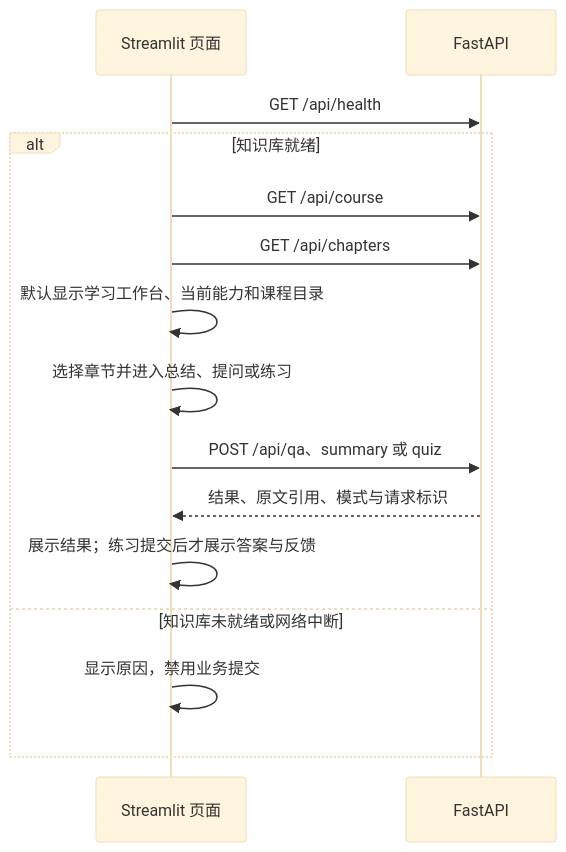
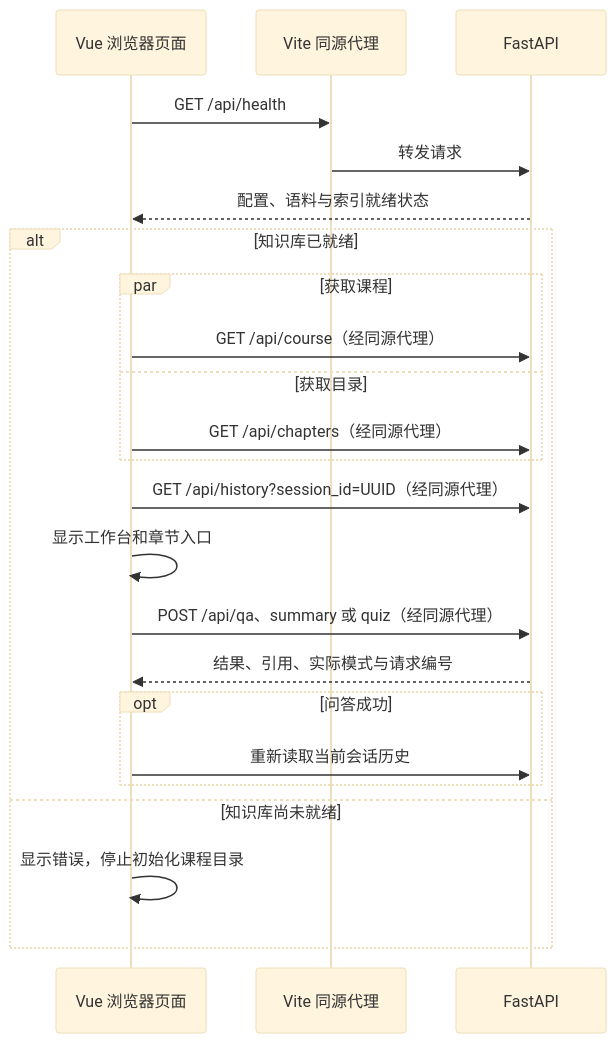
One commit to xie-good/hybrid-learning-agent changed the diagram in docs/frontend-api.md. Above: the diagram before and after it, drawn with Mermaid (base theme). The commit also changed other lines of this file and 64 other files, not shown here.

````diff
--- a/docs/frontend-api.md
+++ b/docs/frontend-api.md
@@ -129,17 +121,25 @@
 ```mermaid
 sequenceDiagram
-    participant UI as Streamlit 页面
+    participant UI as Vue 浏览器页面
+    participant Proxy as Vite 同源代理
     participant API as FastAPI
-    UI->>API: GET /api/health
-    alt 知识库就绪
-        UI->>API: GET /api/course
-        UI->>API: GET /api/chapters
-        UI->>UI: 默认显示学习工作台、当前能力和课程目录
-        UI->>UI: 选择章节并进入总结、提问或练习
-        UI->>API: POST /api/qa、summary 或 quiz
-        API-->>UI: 结果、原文引用、模式与请求标识
-        UI->>UI: 展示结果；练习提交后才展示答案与反馈
-    else 知识库未就绪或网络中断
-        UI->>UI: 显示原因，禁用业务提交
+    UI->>Proxy: GET /api/health
+    Proxy->>API: 转发请求
+    API-->>UI: 配置、语料与索引就绪状态
+    alt 知识库已就绪
+        par 获取课程
+            UI->>API: GET /api/course（经同源代理）
+        and 获取目录
+            UI->>API: GET /api/chapters（经同源代理）
+        end
+        UI->>API: GET /api/history?session_id=UUID（经同源代理）
+        UI->>UI: 显示工作台和章节入口
+        UI->>API: POST /api/qa、summary 或 quiz（经同源代理）
+        API-->>UI: 结果、引用、实际模式与请求编号
+        opt 问答成功
+            UI->>API: 重新读取当前会话历史
+        end
+    else 知识库尚未就绪
+        UI->>UI: 显示错误，停止初始化课程目录
     end
 ```
````
